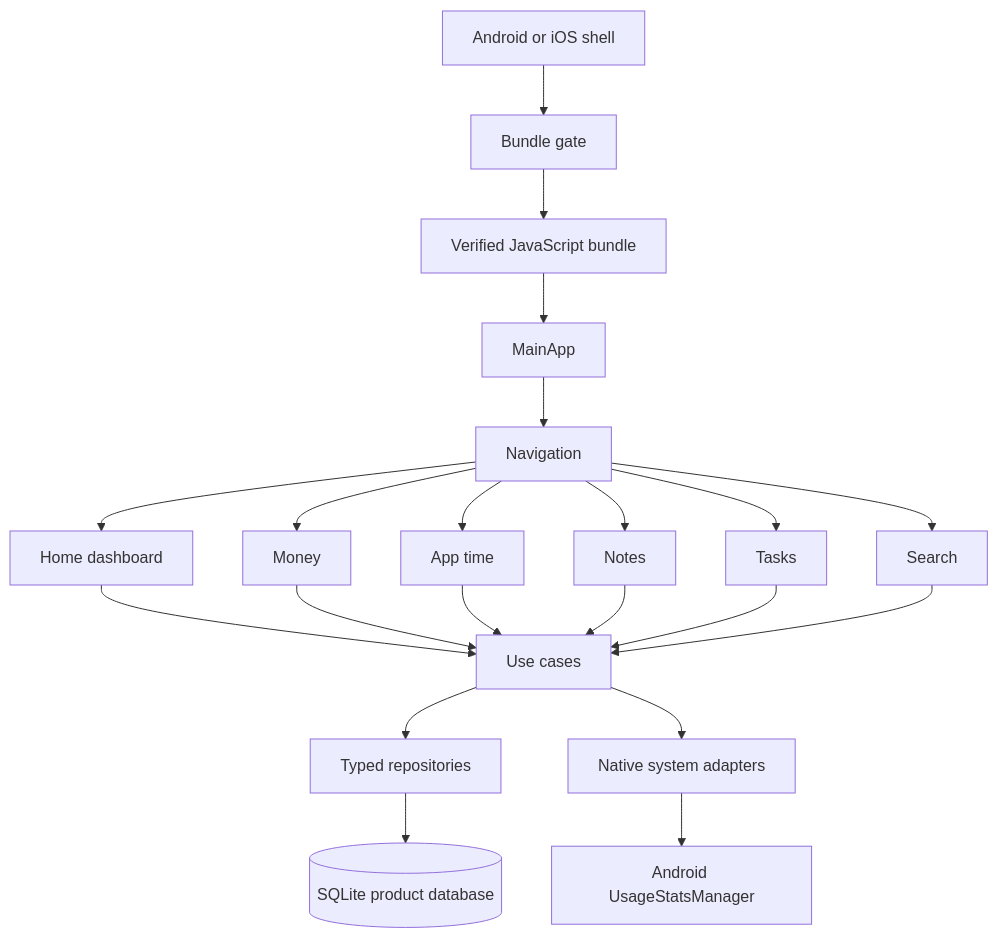
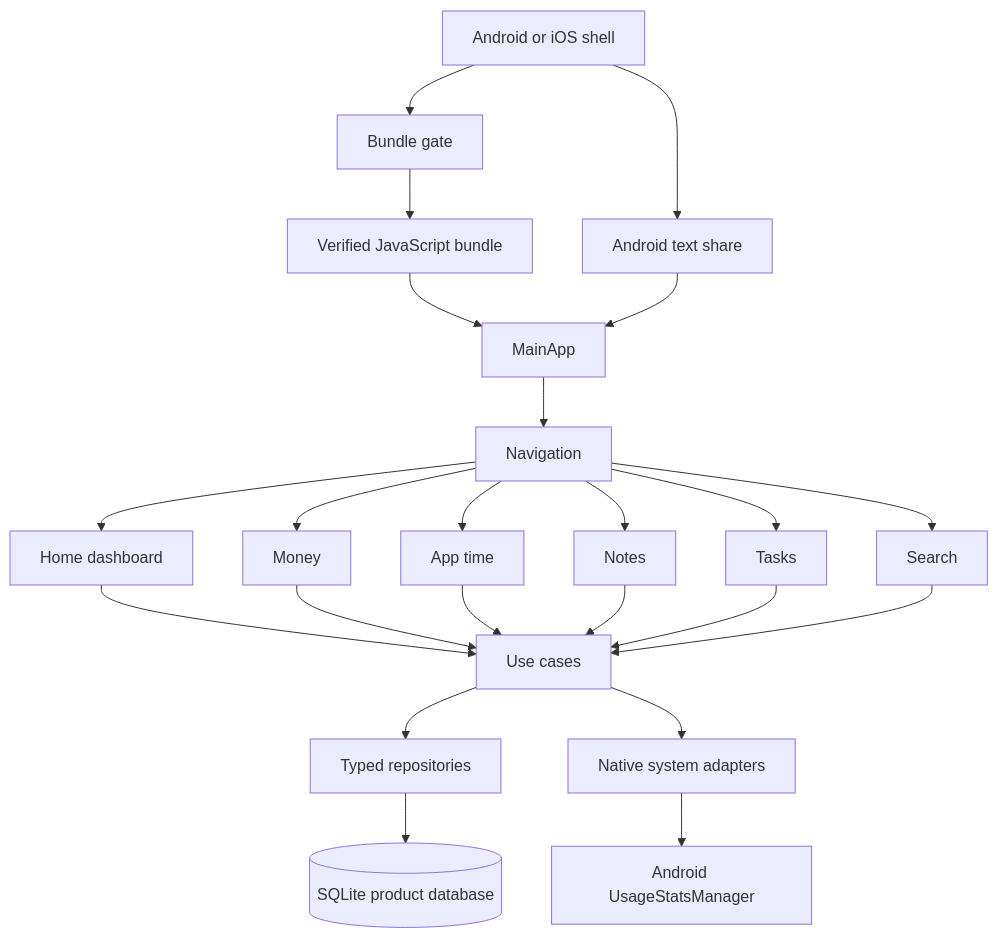
Before and after one commit to Tsukugi/Yuzuha: the first of 2 diagrams in docs/architecture.md, drawn with Mermaid. The commit also changed other lines of this file and 22 other files, not shown here.

Commit message:
Add Android text share capture

````diff
--- a/docs/architecture.md
+++ b/docs/architecture.md
@@ -13,23 +15,25 @@
 ```mermaid
 flowchart TD
     OS[Android or iOS shell] --> G[Bundle gate]
+    OS --> SHARE[Android text share]
     G --> B[Verified JavaScript bundle]
     B --> APP[MainApp]
+    SHARE --> APP
     APP --> NAV[Navigation]
     NAV --> HOME[Home dashboard]
     NAV --> MONEY[Money]
     NAV --> TIME[App time]
     NAV --> NOTES[Notes]
     NAV --> TASKS[Tasks]
     NAV --> SEARCH[Search]
     HOME --> USE[Use cases]
     MONEY --> USE
     TIME --> USE
     NOTES --> USE
     TASKS --> USE
     SEARCH --> USE
     USE --> REPO[Typed repositories]
     REPO --> DB[(SQLite product database)]
     USE --> SYS[Native system adapters]
     SYS --> USAGE[Android UsageStatsManager]
 ```
````
